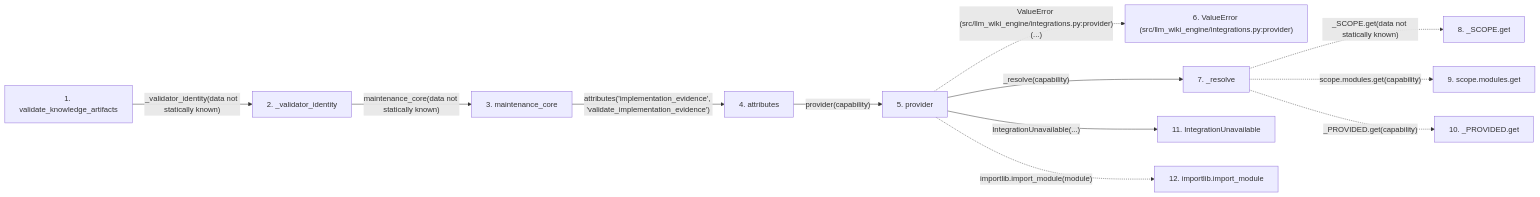
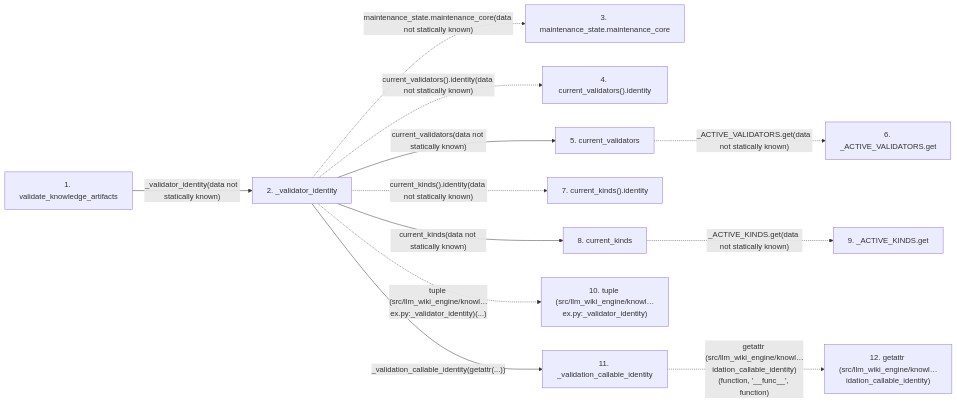
Before and after one commit to Denissvgn/python-wiki-llm: the second of 2 diagrams in docs/llm_wiki/flows/api-validate_knowledge_artifacts.md, drawn with Mermaid. The commit also changed other lines of this file and 719 other files, not shown here.

Commit message:
docs: refresh the wiki for the engine's own use cases

````diff
--- a/docs/llm_wiki/flows/api-validate_knowledge_artifacts.md
+++ b/docs/llm_wiki/flows/api-validate_knowledge_artifacts.md
@@ -165,33 +165,31 @@
 ```mermaid
 flowchart LR
     s1["1. validate_knowledge_artifacts"]
     s2["2. _validator_identity"]
-    s3["3. maintenance_core"]
-    s4["4. attributes"]
-    s5["5. provider"]
-    s6["6. ValueError (src/llm_wiki_engine/integrations.py:provider)"]
-    s7["7. _resolve"]
-    s8["8. _SCOPE.get"]
-    s9["9. scope.modules.get"]
-    s10["10. _PROVIDED.get"]
-    s11["11. IntegrationUnavailable"]
-    s12["12. importlib.import_module"]
+    s3["3. maintenance_state.maintenance_core"]
+    s4["4. current_validators().identity"]
+    s5["5. current_validators"]
+    s6["6. _ACTIVE_VALIDATORS.get"]
+    s7["7. current_kinds().identity"]
+    s8["8. current_kinds"]
+    s9["9. _ACTIVE_KINDS.get"]
+    s10["10. tuple (src/llm_wiki_engine/knowl…ex.py:_validator_identity)"]
+    s11["11. _validation_callable_identity"]
+    s12["12. getattr (src/llm_wiki_engine/knowl…idation_callable_identity)"]
     s1 -->|"_validator_identity(data not statically known)"| s2
-    s2 -->|"maintenance_core(data not statically known)"| s3
-    s3 -->|"attributes('implementation_evidence', 'validate_implementation_evidence')"| s4
-    s4 -->|"provider(capability)"| s5
-    s5 -. "ValueError (src/llm_wiki_engine/integrations.py:provider)(...)" .-> s6
-    s5 -->|"_resolve(capability)"| s7
-    s7 -. "_SCOPE.get(data not statically known)" .-> s8
-    s7 -. "scope.modules.get(capability)" .-> s9
-    s7 -. "_PROVIDED.get(capability)" .-> s10
-    s5 -->|"IntegrationUnavailable(...)"| s11
-    s5 -. "importlib.import_module(module)" .-> s12
+    s2 -. "maintenance_state.maintenance_core(data not statically known)" .-> s3
+    s2 -. "current_validators().identity(data not statically known)" .-> s4
+    s2 -->|"current_validators(data not statically known)"| s5
+    s5 -. "_ACTIVE_VALIDATORS.get(data not statically known)" .-> s6
+    s2 -. "current_kinds().identity(data not statically known)" .-> s7
+    s2 -->|"current_kinds(data not statically known)"| s8
+    s8 -. "_ACTIVE_KINDS.get(data not statically known)" .-> s9
+    s2 -. "tuple (src/llm_wiki_engine/knowl…ex.py:_validator_identity)(...)" .-> s10
+    s2 -->|"_validation_callable_identity(getattr(...))"| s11
+    s11 -. "getattr (src/llm_wiki_engine/knowl…idation_callable_identity)(function, '__func__', function)" .-> s12
     click s1 "../modules/knowledge_artifacts.md"
     click s2 "../modules/knowledge_index.md"
-    click s3 "../modules/maintenance_state.md"
-    click s4 "../modules/integrations.md"
-    click s5 "../modules/integrations.md"
-    click s7 "../modules/integrations.md"
-    click s11 "../modules/integrations.md"
+    click s5 "../modules/knowledge_validators.md"
+    click s8 "../modules/knowledge_kinds.md"
+    click s11 "../modules/knowledge_index.md"
 ```
````
